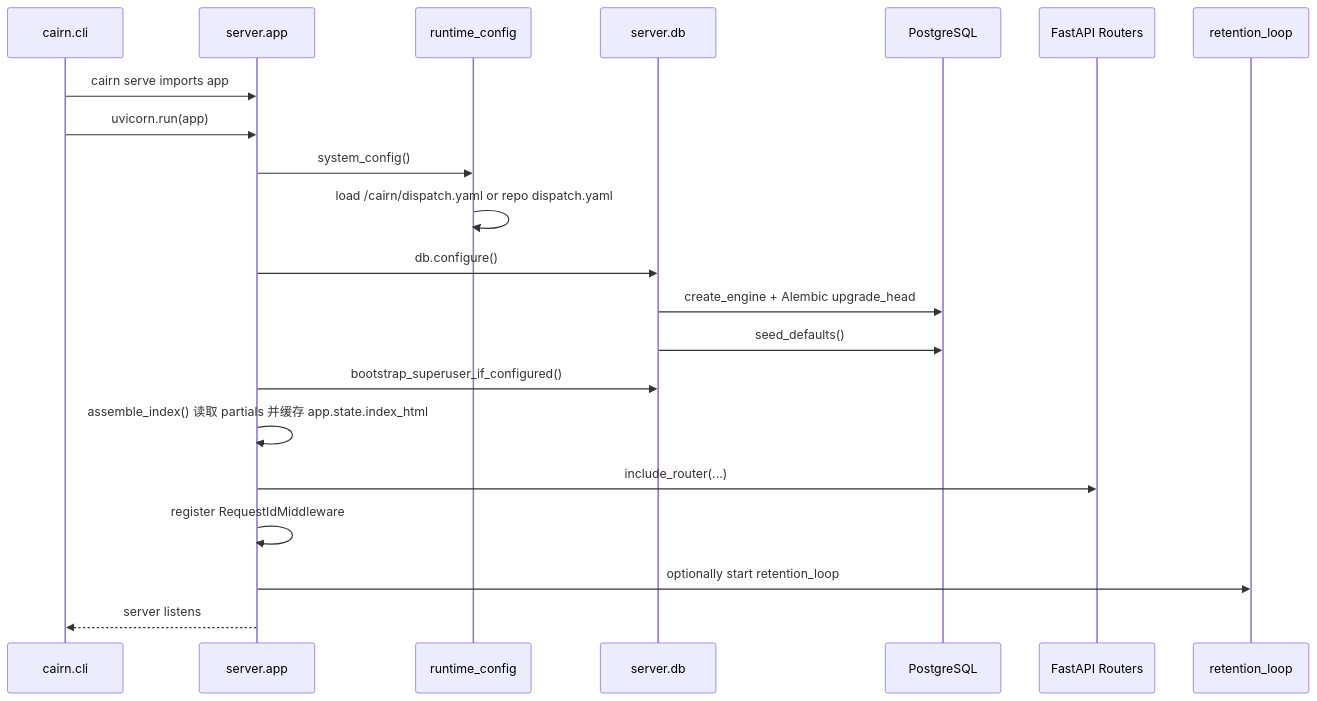
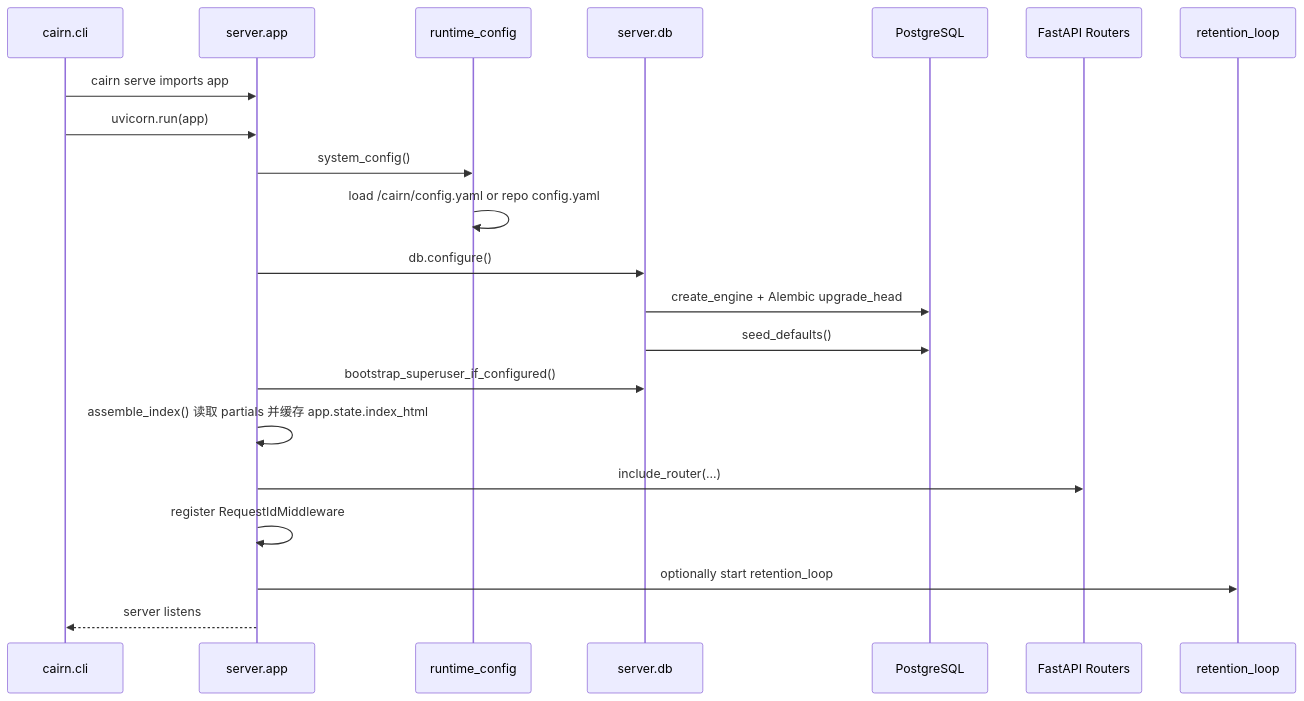
The second of 4 diagrams in AI/ARCHITECTURE.md (j7ur8/Cairn), drawn with Mermaid before and after one commit. The commit also changed other lines of this file and 84 other files, not shown here.

Commit message:
Rename dispatch YAML configs to config

````diff
--- a/AI/ARCHITECTURE.md
+++ b/AI/ARCHITECTURE.md
@@ -76,24 +76,24 @@
 ```mermaid
 sequenceDiagram
     participant CLI as cairn.cli
     participant App as server.app
     participant Config as runtime_config
     participant DB as server.db
     participant PG as PostgreSQL
     participant Router as FastAPI Routers
     participant Retention as retention_loop
 
     CLI->>App: cairn serve imports app
     CLI->>App: uvicorn.run(app)
     App->>Config: system_config()
-    Config->>Config: load /cairn/dispatch.yaml or repo dispatch.yaml
+    Config->>Config: load /cairn/config.yaml or repo config.yaml
     App->>DB: db.configure()
     DB->>PG: create_engine + Alembic upgrade_head
     DB->>PG: seed_defaults()
     App->>DB: bootstrap_superuser_if_configured()
     App->>App: assemble_index() 读取 partials 并缓存 app.state.index_html
     App->>Router: include_router(...)
     App->>App: register RequestIdMiddleware
     App->>Retention: optionally start retention_loop
     App-->>CLI: server listens
 ```
````
